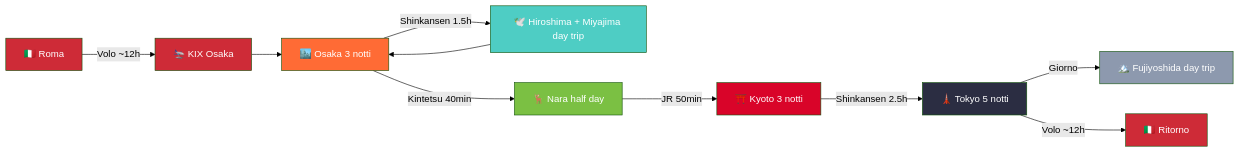
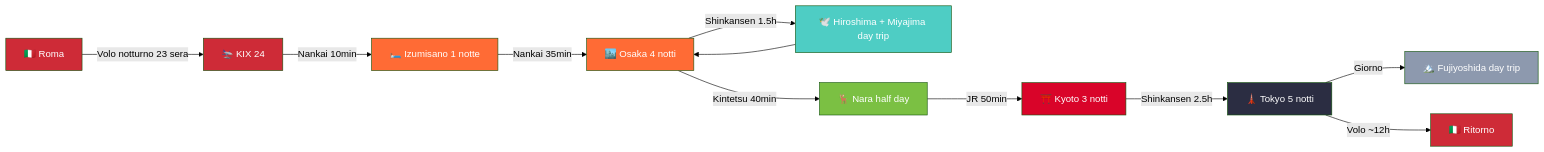
The first of 3 diagrams in Itinerari/Japan/2026/Itinerario-Giappone-24ott-7nov2026.md (LorenzoPolito/Travel-Vault), drawn with Mermaid (forest theme) before and after one commit. The commit also changed other lines of this file and 5 other files, not shown here.

First line of the commit message:
Partenza 23 sera: notte del 24 a Izumisano (KURA Hotel) prima di Osaka

````diff
--- a/Itinerari/Japan/2026/Itinerario-Giappone-24ott-7nov2026.md
+++ b/Itinerari/Japan/2026/Itinerario-Giappone-24ott-7nov2026.md
@@ -30,22 +30,24 @@
 ```mermaid
 flowchart LR
-    A[🇮🇹 Roma] -->|Volo ~12h| B[🛬 KIX Osaka]
-    B --> C[🏙️ Osaka 3 notti]
+    A[🇮🇹 Roma] -->|Volo notturno 23 sera| B[🛬 KIX 24]
+    B -->|Nankai 10min| B2[🛏️ Izumisano 1 notte]
+    B2 -->|Nankai 35min| C[🏙️ Osaka 4 notti]
     C -->|Shinkansen 1.5h| D[🕊️ Hiroshima + Miyajima day trip]
     D --> C
     C -->|Kintetsu 40min| E[🦌 Nara half day]
     E -->|JR 50min| F[⛩️ Kyoto 3 notti]
     F -->|Shinkansen 2.5h| G[🗼 Tokyo 5 notti]
     G -->|Giorno| H[🏔️ Fujiyoshida day trip]
     G -->|Volo ~12h| I[🇮🇹 Ritorno]
 
     style A fill:#ce2b37,color:#fff
     style B fill:#ce2b37,color:#fff
+    style B2 fill:#ff6b35,color:#fff
     style C fill:#ff6b35,color:#fff
     style D fill:#4ecdc4,color:#fff
     style E fill:#7bc043,color:#fff
     style F fill:#d90429,color:#fff
     style G fill:#2b2d42,color:#fff
     style H fill:#8d99ae,color:#fff
     style I fill:#ce2b37,color:#fff
 ```
````
